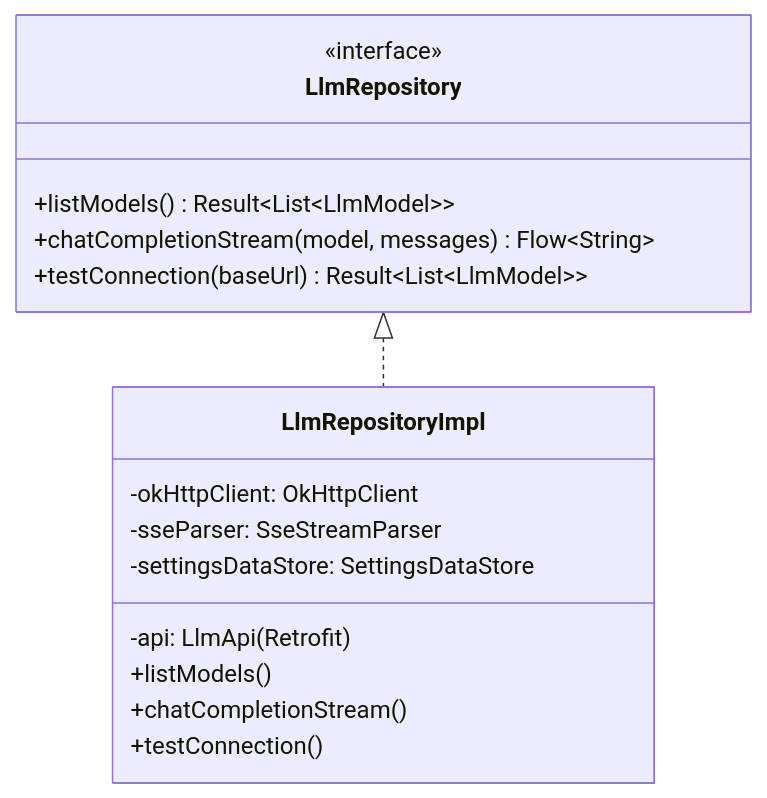
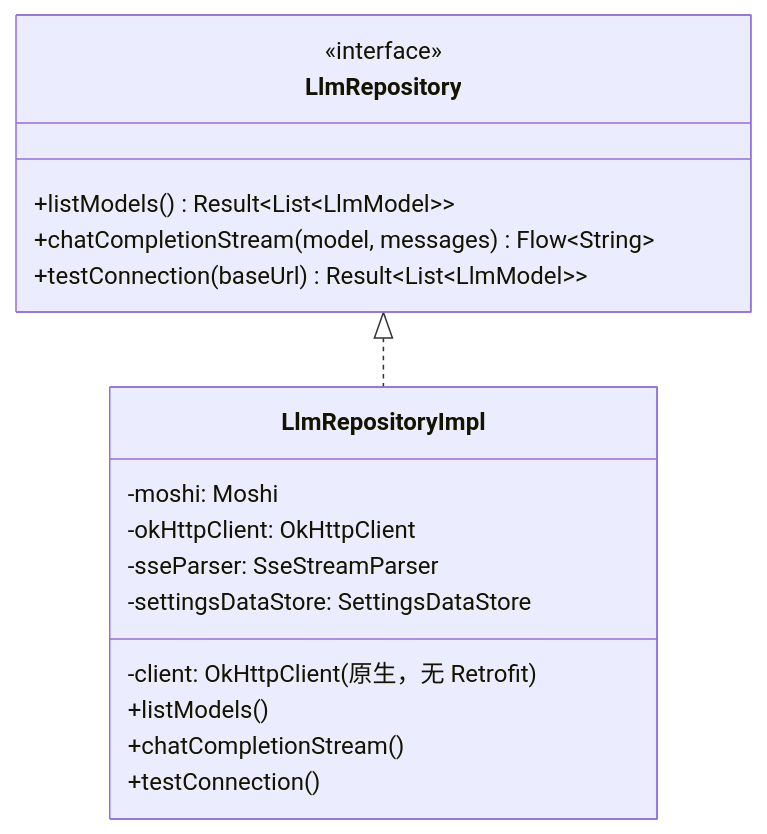
One commit to stuid-maker/pocketpdf-android changed diagram 12 of 21 in docs/ARCHITECTURE.md. Above: the diagram before and after it, drawn with Mermaid. The commit also changed other lines of this file and 92 other files, not shown here.

````diff
--- a/docs/ARCHITECTURE.md
+++ b/docs/ARCHITECTURE.md
@@ -380,19 +380,20 @@
 ```mermaid
 classDiagram
     class LlmRepository {
         <<interface>>
         +listModels() Result~List~LlmModel~~
         +chatCompletionStream(model, messages) Flow~String~
         +testConnection(baseUrl) Result~List~LlmModel~~
     }
     class LlmRepositoryImpl {
-        -api: LlmApi (Retrofit)
+        -client: OkHttpClient (原生，无 Retrofit)
+        -moshi: Moshi
         -okHttpClient: OkHttpClient
         -sseParser: SseStreamParser
         -settingsDataStore: SettingsDataStore
         +listModels()
         +chatCompletionStream()
         +testConnection()
     }
     LlmRepository <|.. LlmRepositoryImpl
 ```
````
